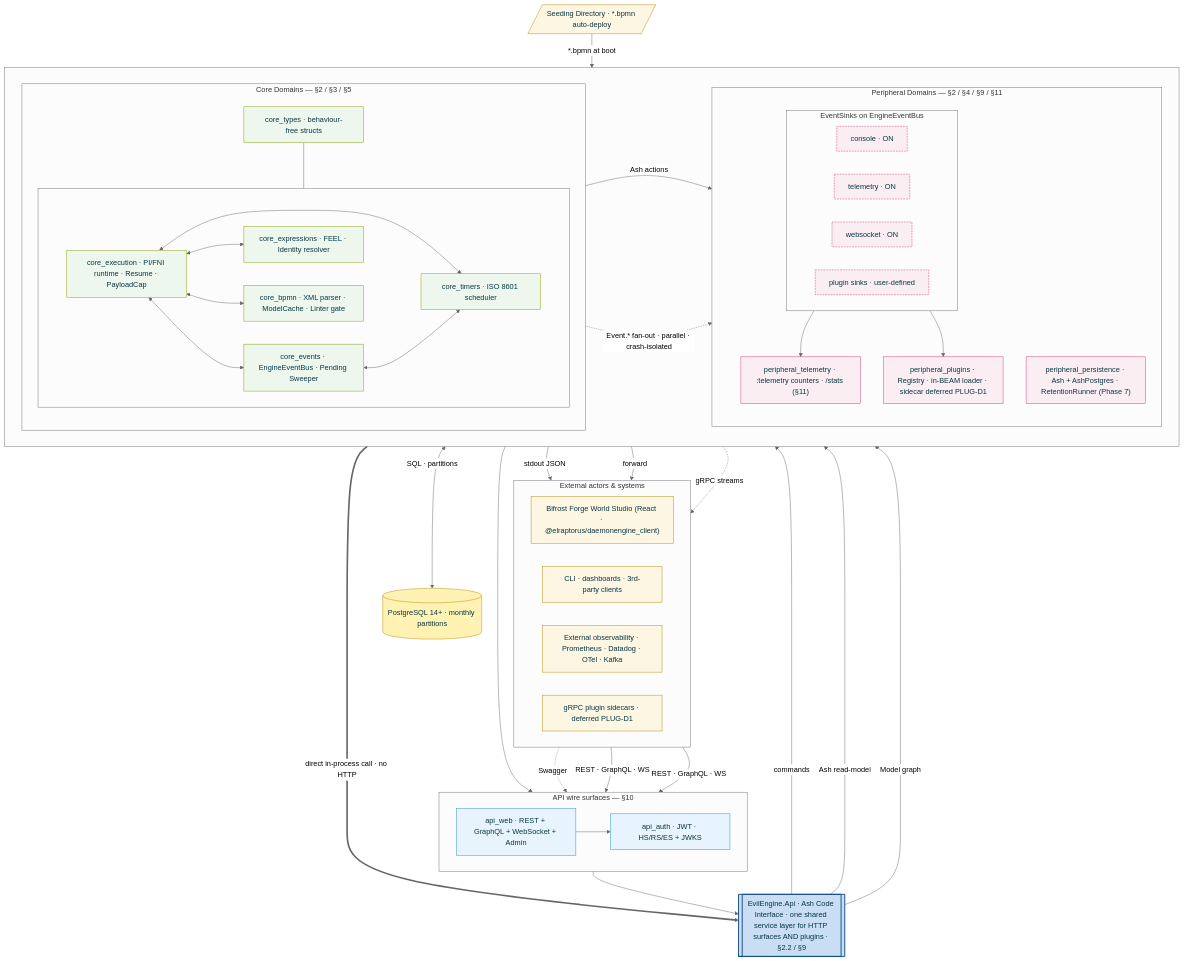
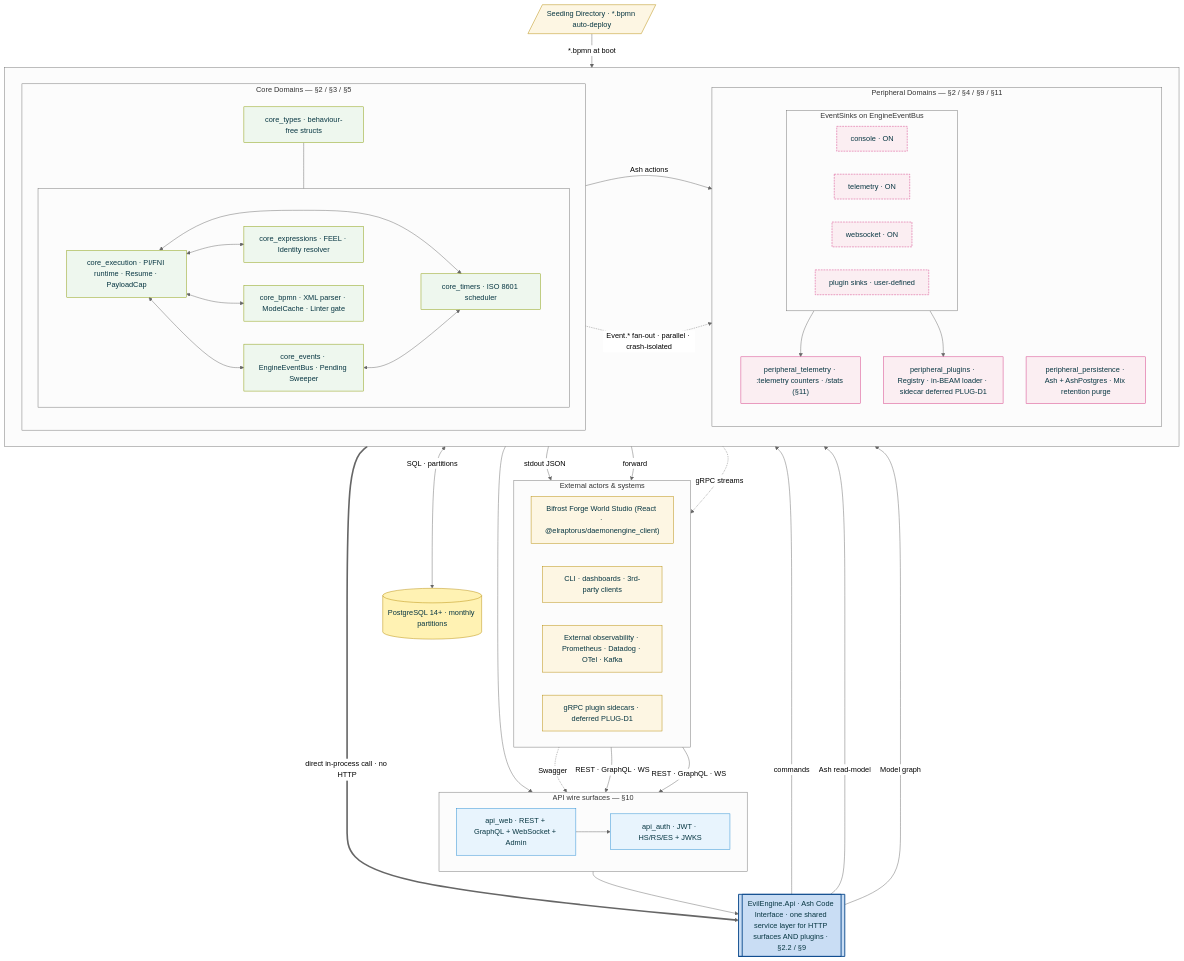
One commit to ElRaptorus/BFW-Engine changed the diagram in docs/Architecture.md. Above: the diagram before and after it, drawn with Mermaid (neutral theme). The commit also changed other lines of this file and 45 other files, not shown here.

```diff
--- a/docs/Architecture.md
+++ b/docs/Architecture.md
@@ -53,7 +53,7 @@
 
     subgraph PERI["Peripheral Domains — §2 / §4 / §9 / §11"]
       direction TB
-      peri_persist["peripheral_persistence · Ash + AshPostgres · RetentionRunner (Phase 7)"]
+      peri_persist["peripheral_persistence · Ash + AshPostgres · Mix retention purge"]
       peri_telem["peripheral_telemetry · :telemetry counters · /stats (§11)"]
       peri_plugins["peripheral_plugins · Registry · in-BEAM loader · sidecar deferred PLUG-D1"]
       subgraph PERI_SINKS["EventSinks on EngineEventBus"]
```
